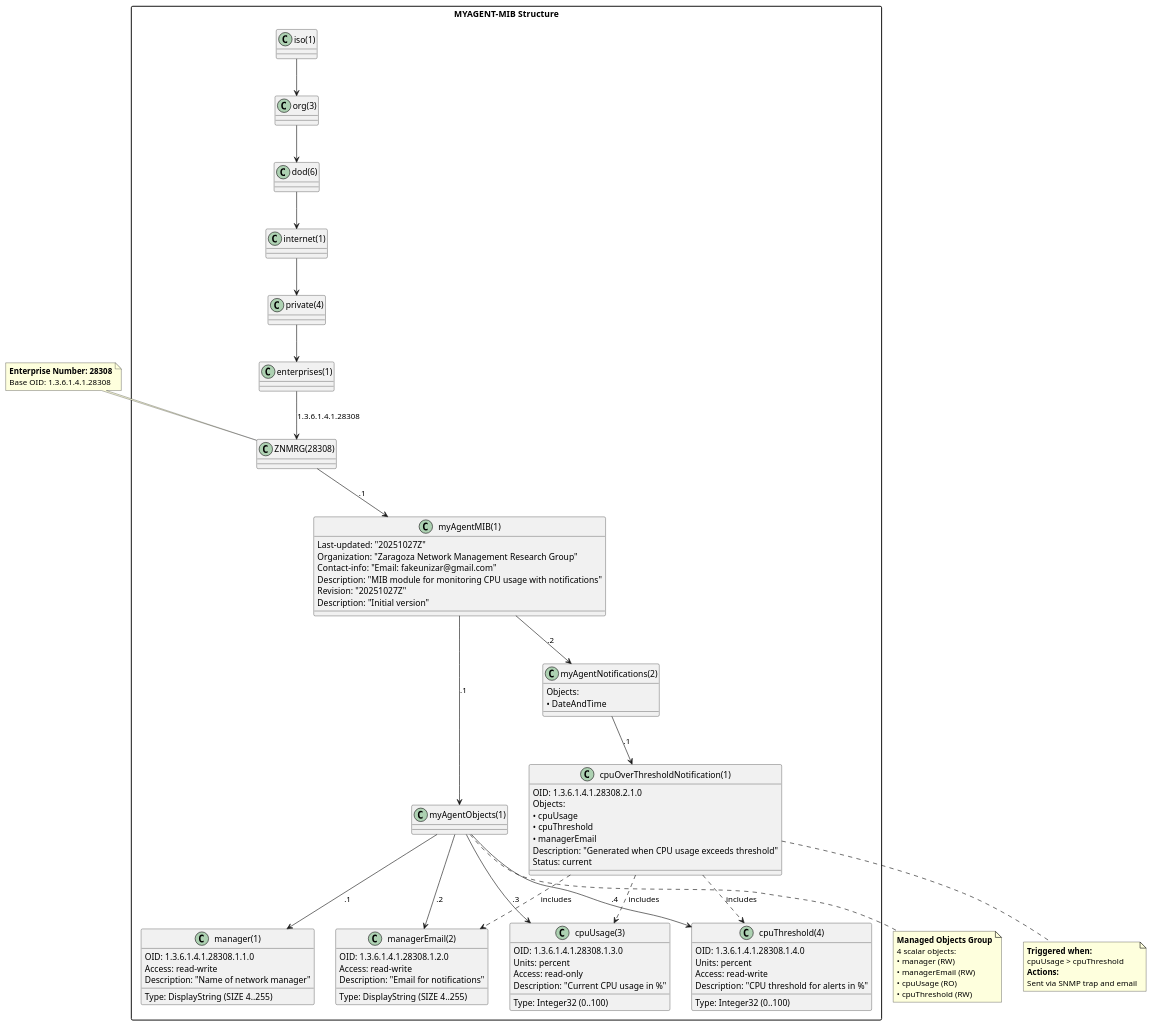
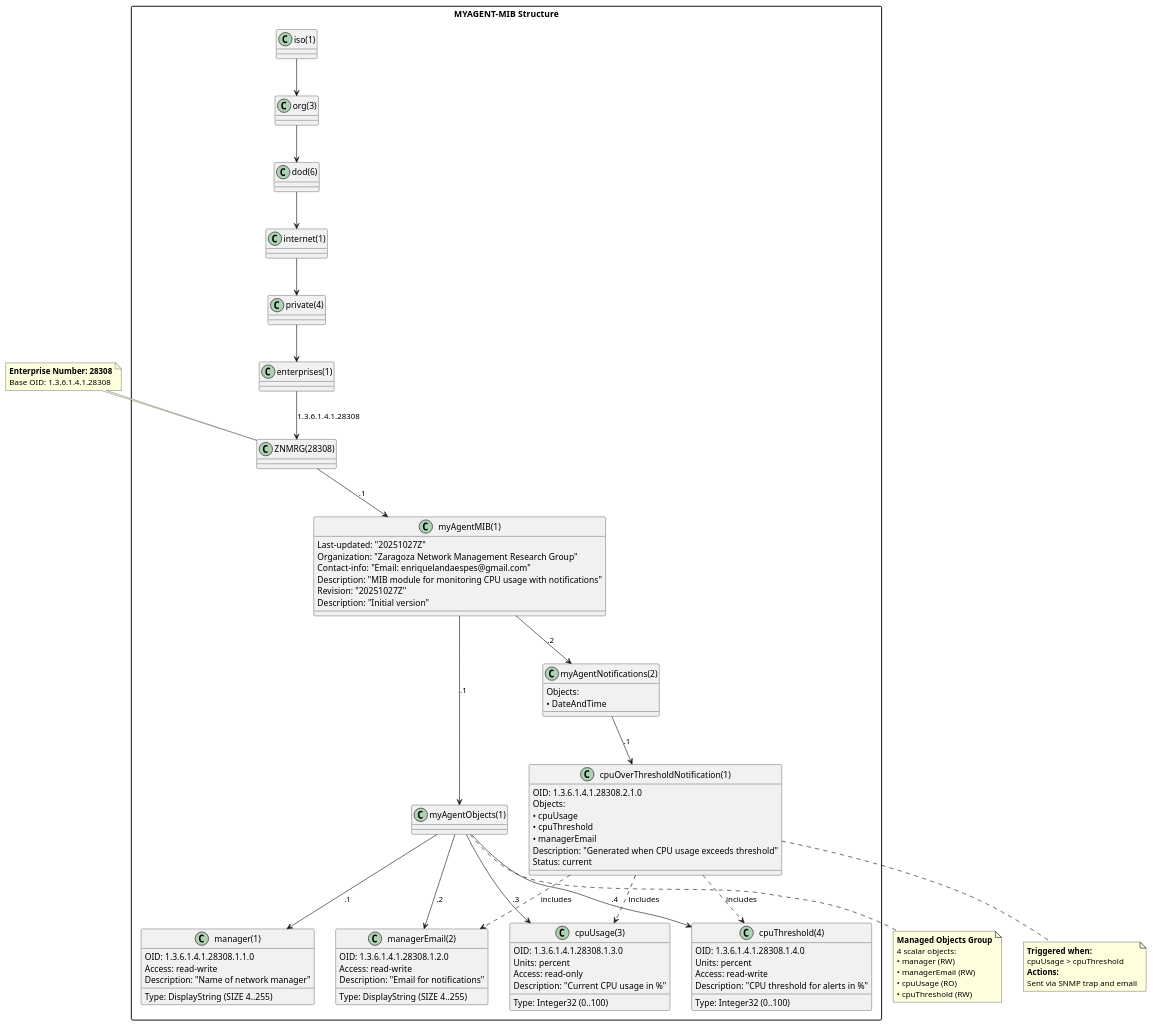
The diagram in mib_uml.wsd (enriquelandaespes/mini_SNMP_agent_with_notifications), drawn with PlantUML before and after one commit.

```diff
--- a/mib_uml.wsd
+++ b/mib_uml.wsd
@@ -1,118 +1,118 @@
 @startuml MIB_UML
 skinparam packageStyle rectangle
 skinparam classAttributeIconSize 0
 
 package "MYAGENT-MIB Structure" {
 
   class "iso(1)" as iso
   class "org(3)" as org
   class "dod(6)" as dod
   class "internet(1)" as internet
   class "private(4)" as private
   class "enterprises(1)" as enterprises
   class "ZNMRG(28308)" as enterprise28308
   class "myAgentMIB(1)" as myAgentMIB{
     Last-updated: "20251027Z"
     Organization: "Zaragoza Network Management Research Group"
-    Contact-info: "Email: fakeunizar@gmail.com"
+    Contact-info: "Email: enriquelandaespes@gmail.com"
     Description: "MIB module for monitoring CPU usage with notifications"
     Revision: "20251027Z"
     Description: "Initial version"
   }
 
   ' Subtrees
   class "myAgentObjects(1)" as myAgentObjects
   class "myAgentNotifications(2)" as myAgentNotifications{
     Objects: 
     • DateAndTime
   }
 
   ' Managed Objects
   class "manager(1)" as manager {
     OID: 1.3.6.1.4.1.28308.1.1.0
     Type: DisplayString (SIZE 4..255)
     Access: read-write
     Description: "Name of network manager"
   }
 
   class "managerEmail(2)" as managerEmail {
     OID: 1.3.6.1.4.1.28308.1.2.0
     Type: DisplayString (SIZE 4..255)
     Access: read-write
     Description: "Email for notifications"
   }
 
   class "cpuUsage(3)" as cpuUsage {
     OID: 1.3.6.1.4.1.28308.1.3.0
     Type: Integer32 (0..100)
     Units: percent
     Access: read-only
     Description: "Current CPU usage in %"
   }
 
   class "cpuThreshold(4)" as cpuThreshold {
     OID: 1.3.6.1.4.1.28308.1.4.0
     Type: Integer32 (0..100)
     Units: percent
     Access: read-write
     Description: "CPU threshold for alerts in %"
   }
 
   ' Notification
   class "cpuOverThresholdNotification(1)" as cpuOverThresholdNotification {
     OID: 1.3.6.1.4.1.28308.2.1.0
     Objects:
     • cpuUsage
     • cpuThreshold
     • managerEmail
     Description: "Generated when CPU usage exceeds threshold"
     Status: current
   }
 
   ' Hierarchy relationships
   iso --> org
   org --> dod
   dod --> internet
   internet --> private
   private --> enterprises
   enterprises --> enterprise28308 : "1.3.6.1.4.1.28308"
   enterprise28308 --> myAgentMIB : ".1"
 
   myAgentMIB --> myAgentObjects : ".1"
   myAgentMIB --> myAgentNotifications : ".2"
 
   myAgentObjects --> manager : ".1"
   myAgentObjects --> managerEmail : ".2"
   myAgentObjects --> cpuUsage : ".3"
   myAgentObjects --> cpuThreshold : ".4"
 
   myAgentNotifications --> cpuOverThresholdNotification : ".1"
 
   cpuOverThresholdNotification ..> cpuUsage : includes
   cpuOverThresholdNotification ..> cpuThreshold : includes
   cpuOverThresholdNotification ..> managerEmail : includes
 
 }
 
 note top of enterprise28308
   **Enterprise Number: 28308**
   Base OID: 1.3.6.1.4.1.28308
 end note
 
 note bottom of myAgentObjects
   **Managed Objects Group**
   4 scalar objects:
   • manager (RW)
   • managerEmail (RW)
   • cpuUsage (RO)
   • cpuThreshold (RW)
 end note
 
 note bottom of cpuOverThresholdNotification
   **Triggered when:**
   cpuUsage > cpuThreshold
   **Actions:**
   Sent via SNMP trap and email
 end note
 
 @enduml
```
